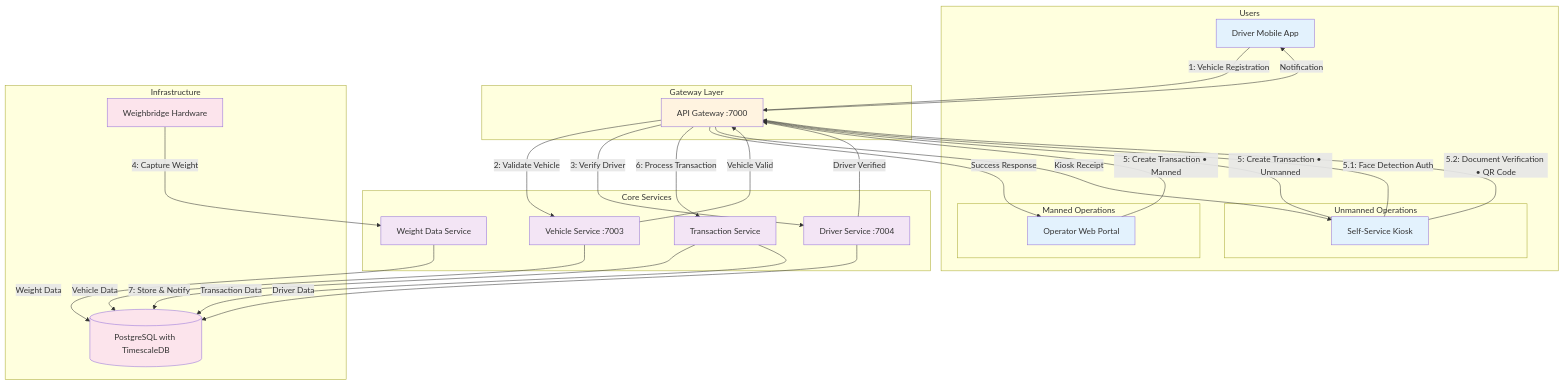
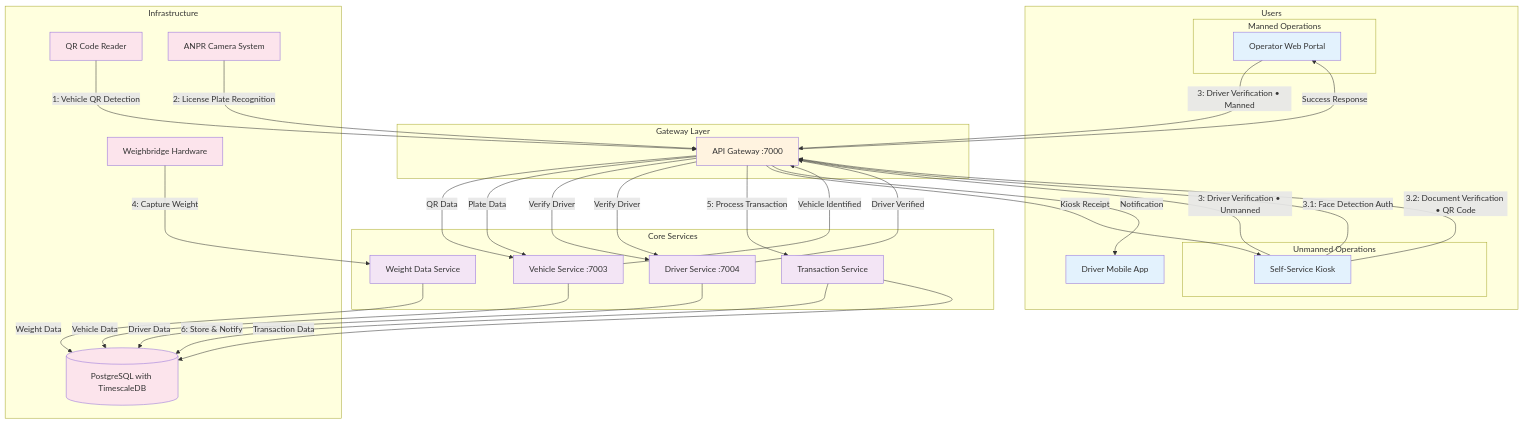
Before and after one commit to Qalitrack/qalitrackservices: the diagram in docs/c4/complete-weighing-transaction-flow.mmd, drawn with Mermaid. The commit also changed 2 other files, not shown here.

Commit message:
feat(c4): reorder transaction flow to match actual weighbridge operations
- Correct operational sequence: QR detection → ANPR → Driver verification → Weighing → Processing
- Step 1: QR Code Reader detects vehicle QR code for identification
- Step 2: ANPR Camera System captures license plate for verification
- Step 3: Driver and document verification (manned operator or unmanned kiosk with face detection + QR)
- Step 4: Weight capture after complete verification
- Steps 5-6: Transaction processing and data storage
- Add QR Reader and ANPR Camera to infrastructure components
- Update embedded diagrams and documentation to reflect actual operational workflow
- Ensures security through proper verification sequence before weighing

🤖 Generated with [Claude Code](https://claude.ai/code)

```diff
--- a/docs/c4/complete-weighing-transaction-flow.mmd
+++ b/docs/c4/complete-weighing-transaction-flow.mmd
@@ -1,69 +1,77 @@
 flowchart TD
     subgraph "Users"
         Driver[Driver Mobile App]
         
         subgraph "Manned Operations"
             Operator[Operator Web Portal]
         end
         
         subgraph "Unmanned Operations"
             Kiosk[Self-Service Kiosk]
         end
     end
     
     subgraph "Gateway Layer"
         Gateway[API Gateway :7000]
     end
     
     subgraph "Core Services"
         VehicleSvc[Vehicle Service :7003]
         DriverSvc[Driver Service :7004]
         WeightSvc[Weight Data Service]
         TransactionSvc[Transaction Service]
     end
     
     subgraph "Infrastructure"
         PostgreSQL[(PostgreSQL with TimescaleDB)]
         Hardware[Weighbridge Hardware]
+        QRReader[QR Code Reader]
+        ANPRCamera[ANPR Camera System]
     end
 
     %% Sequential transaction flow
-    Driver -->|"1: Vehicle Registration"| Gateway
-    Gateway -->|"2: Validate Vehicle"| VehicleSvc
-    VehicleSvc -->|"Vehicle Valid"| Gateway
-    Gateway -->|"3: Verify Driver"| DriverSvc
+    QRReader -->|"1: Vehicle QR Detection"| Gateway
+    Gateway -->|"QR Data"| VehicleSvc
+    ANPRCamera -->|"2: License Plate Recognition"| Gateway
+    Gateway -->|"Plate Data"| VehicleSvc
+    VehicleSvc -->|"Vehicle Identified"| Gateway
+    
+    %% Driver and document verification
+    %% Manned operations
+    Operator -->|"3: Driver Verification • Manned"| Gateway
+    Gateway -->|"Verify Driver"| DriverSvc
+    
+    %% Unmanned operations  
+    Kiosk -->|"3: Driver Verification • Unmanned"| Gateway
+    Kiosk -->|"3.1: Face Detection Auth"| Gateway
+    Kiosk -->|"3.2: Document Verification • QR Code"| Gateway
+    Gateway -->|"Verify Driver"| DriverSvc
+    
+    %% Weight capture after verification
     DriverSvc -->|"Driver Verified"| Gateway
     Hardware -->|"4: Capture Weight"| WeightSvc
     
-    %% Manned operations
-    Operator -->|"5: Create Transaction • Manned"| Gateway
-    
-    %% Unmanned operations  
-    Kiosk -->|"5: Create Transaction • Unmanned"| Gateway
-    Kiosk -->|"5.1: Face Detection Auth"| Gateway
-    Kiosk -->|"5.2: Document Verification • QR Code"| Gateway
-    
-    %% Common transaction processing
-    Gateway -->|"6: Process Transaction"| TransactionSvc
-    TransactionSvc -->|"7: Store & Notify"| PostgreSQL
+    %% Transaction processing
+    Gateway -->|"5: Process Transaction"| TransactionSvc
+    TransactionSvc -->|"6: Store & Notify"| PostgreSQL
     
     %% Data storage
     VehicleSvc -->|Vehicle Data| PostgreSQL
     DriverSvc -->|Driver Data| PostgreSQL
     WeightSvc -->|Weight Data| PostgreSQL
     TransactionSvc -->|Transaction Data| PostgreSQL
     
     %% Responses
     Gateway -->|Success Response| Operator
     Gateway -->|Kiosk Receipt| Kiosk
     Gateway -->|Notification| Driver
 
     classDef client fill:#e3f2fd
     classDef gateway fill:#fff3e0
     classDef services fill:#f3e5f5
     classDef infrastructure fill:#fce4ec
     
     class Driver,Operator,Kiosk client
     class Gateway gateway
     class VehicleSvc,DriverSvc,WeightSvc,TransactionSvc services
-    class PostgreSQL,Hardware infrastructure
+    class PostgreSQL,Hardware,QRReader,ANPRCamera infrastructure
```
